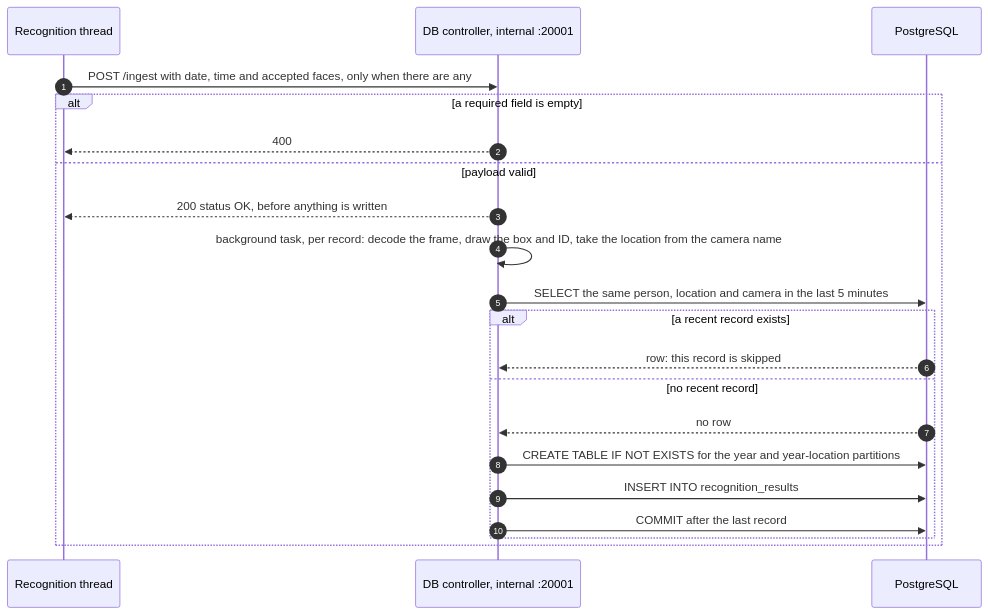
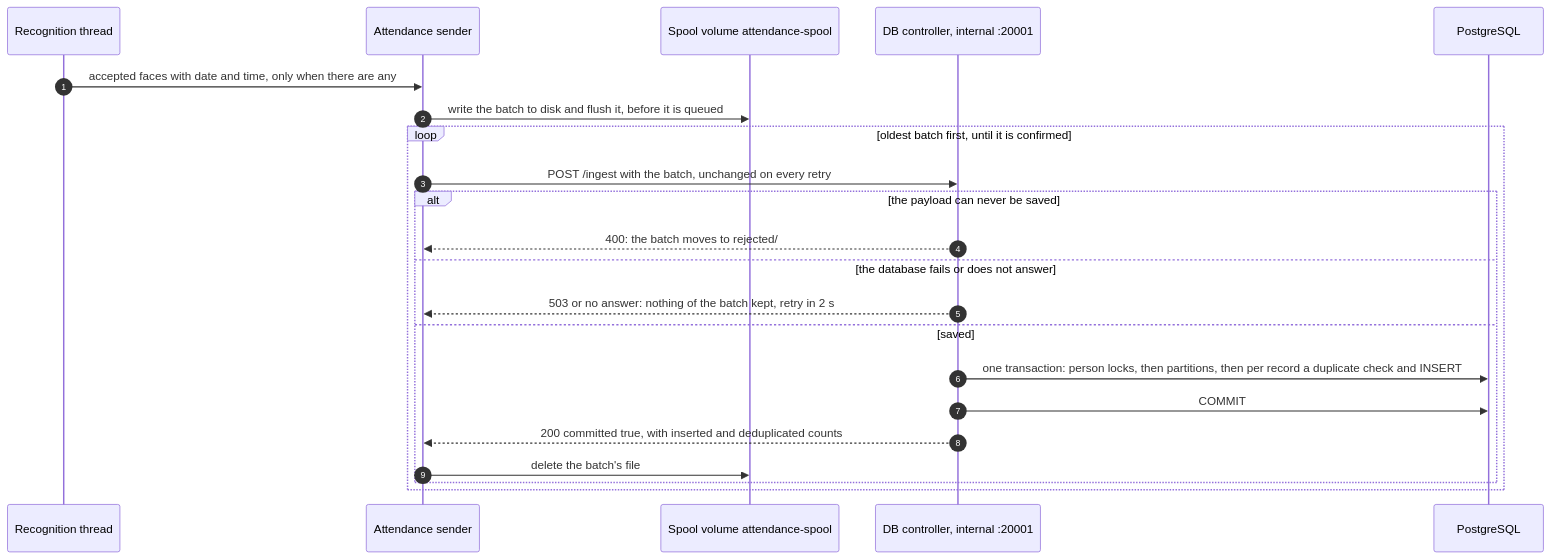
The third of 8 diagrams in docs/FLOW.md (hamza-aziz-ai/CCTV-Face-Recognition-Attendance-System), drawn with Mermaid before and after one commit. The commit also changed other lines of this file, not shown here.

First line of the commit message:
docs: bring FLOW.md's startup, camera, attendance and display diagrams up to date with D-051 [skip ci]

````diff
--- a/docs/FLOW.md
+++ b/docs/FLOW.md
@@ -155,23 +161,24 @@
 ```mermaid
 sequenceDiagram
     autonumber
     participant C as Recognition thread
+    participant S as Attendance sender
+    participant SP as Spool volume attendance-spool
     participant DBC as DB controller, internal :20001
     participant PG as PostgreSQL
-    C->>DBC: POST /ingest with date, time and accepted faces, only when there are any
-    alt a required field is empty
-        DBC-->>C: 400
-    else payload valid
-        DBC-->>C: 200 status OK, before anything is written
-        DBC->>DBC: background task, per record: decode the frame, draw the box and ID, take the location from the camera name
-        DBC->>PG: SELECT the same person, location and camera in the last 5 minutes
-        alt a recent record exists
-            PG-->>DBC: row: this record is skipped
-        else no recent record
-            PG-->>DBC: no row
-            DBC->>PG: CREATE TABLE IF NOT EXISTS for the year and year-location partitions
-            DBC->>PG: INSERT INTO recognition_results
-            DBC->>PG: COMMIT after the last record
+    C->>S: accepted faces with date and time, only when there are any
+    S->>SP: write the batch to disk and flush it, before it is queued
+    loop oldest batch first, until it is confirmed
+        S->>DBC: POST /ingest with the batch, unchanged on every retry
+        alt the payload can never be saved
+            DBC-->>S: 400: the batch moves to rejected/
+        else the database fails or does not answer
+            DBC-->>S: 503 or no answer: nothing of the batch kept, retry in 2 s
+        else saved
+            DBC->>PG: one transaction: person locks, then partitions, then per record a duplicate check and INSERT
+            DBC->>PG: COMMIT
+            DBC-->>S: 200 committed true, with inserted and deduplicated counts
+            S->>SP: delete the batch's file
         end
     end
 ```
````
